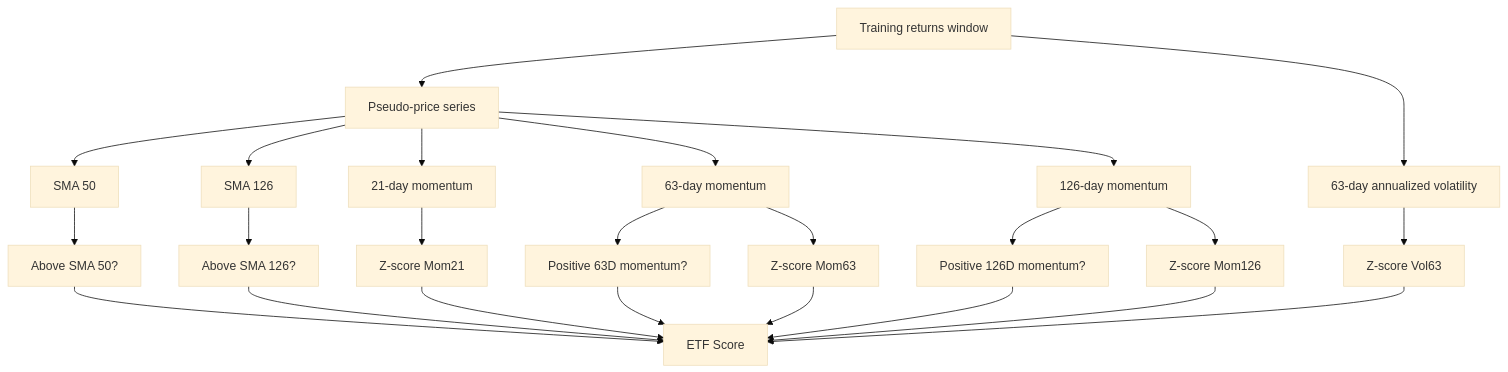
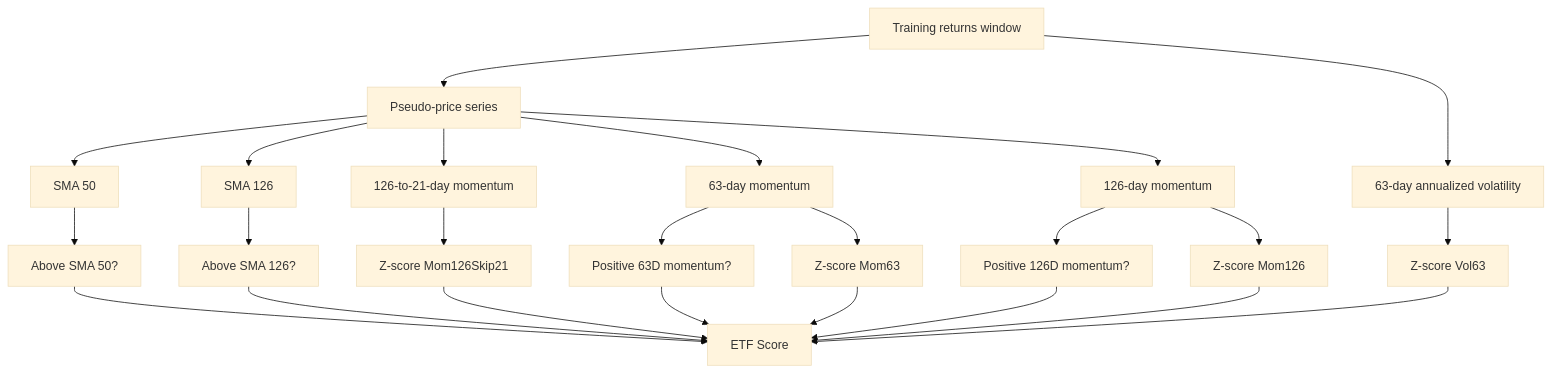
Before and after one commit to rohanptl/Gemini-riskfolio-lib: the fifth of 14 diagrams in README.md, drawn with Mermaid (base theme). The commit also changed other lines of this file and 3 other files, not shown here.

Commit message:
Promote skip-month momentum scoring to production

````diff
--- a/README.md
+++ b/README.md
@@ -217,29 +230,29 @@
 ```mermaid
 flowchart TD
     A[Training returns window] --> B[Pseudo-price series]
     B --> C[SMA 50]
     B --> D[SMA 126]
-    B --> E[21-day momentum]
+    B --> E[126-to-21-day momentum]
     B --> F[63-day momentum]
     B --> G[126-day momentum]
     A --> H[63-day annualized volatility]
 
     C --> I[Above SMA 50?]
     D --> J[Above SMA 126?]
     F --> K[Positive 63D momentum?]
     G --> L[Positive 126D momentum?]
 
-    E --> M[Z-score Mom21]
+    E --> M[Z-score Mom126Skip21]
     F --> N[Z-score Mom63]
     G --> O[Z-score Mom126]
     H --> P[Z-score Vol63]
 
     I --> Q[ETF Score]
     J --> Q
     K --> Q
     L --> Q
     M --> Q
     N --> Q
     O --> Q
     P --> Q
 ```
````
